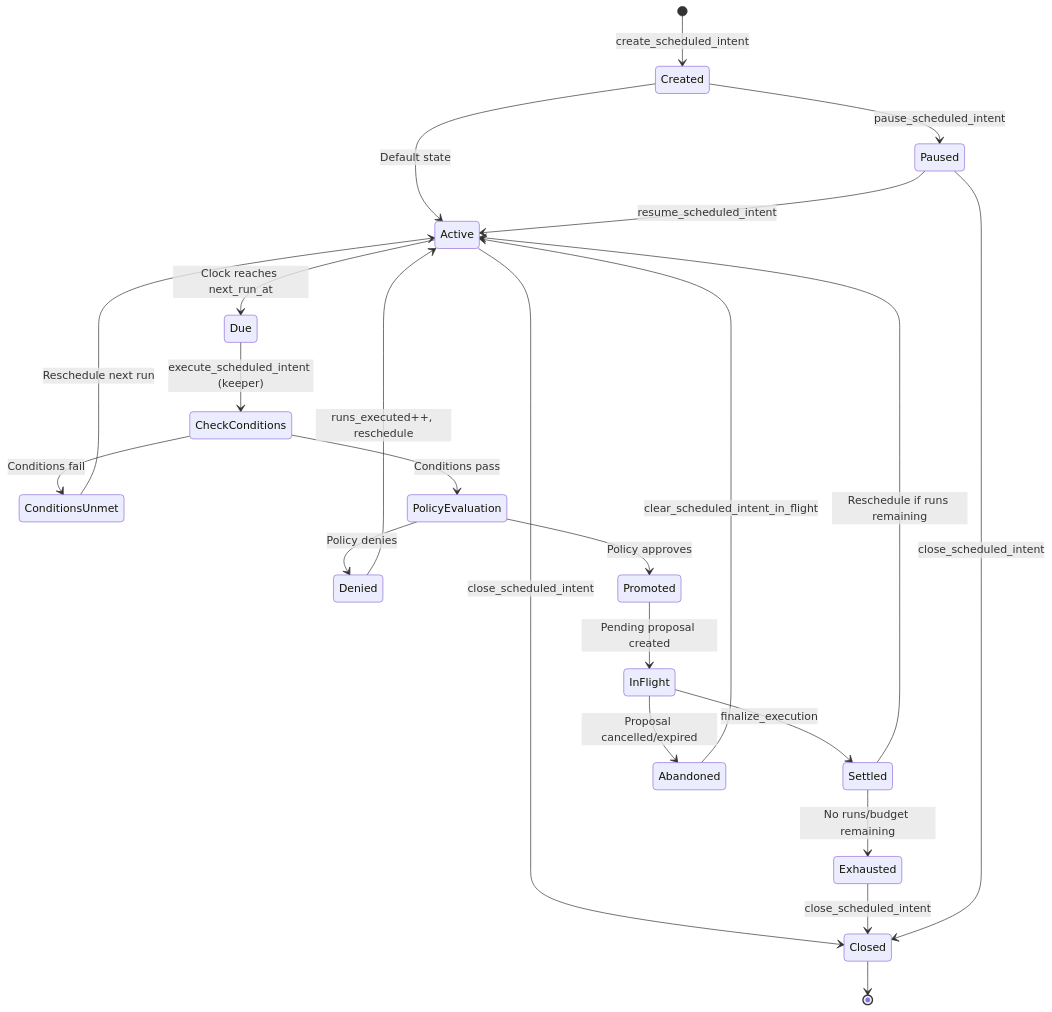
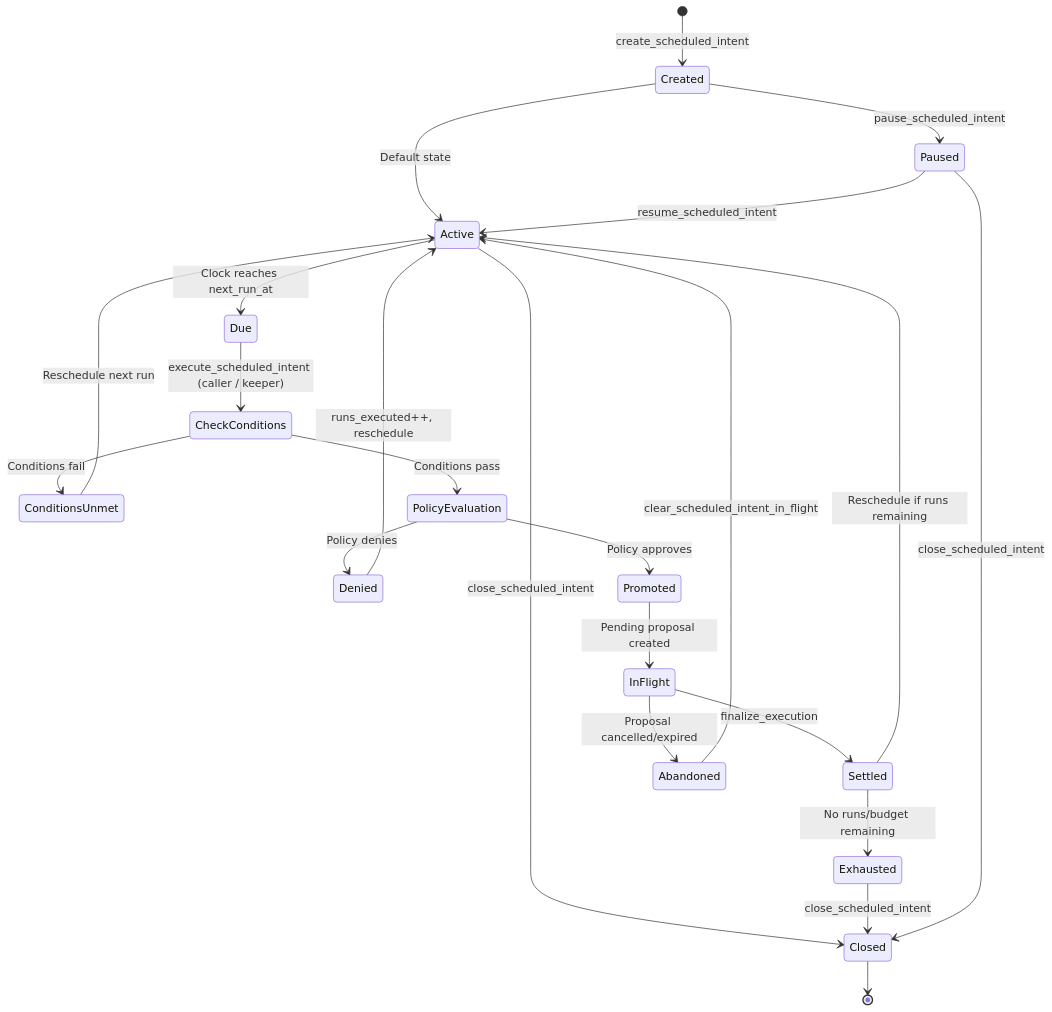
One commit to exyreams/aura changed the diagram in packages/docs/content/program/instructions/scheduled.mdx. Above: the diagram before and after it, drawn with Mermaid. The commit also changed other lines of this file and 36 other files, not shown here.

````diff
--- a/packages/docs/content/program/instructions/scheduled.mdx
+++ b/packages/docs/content/program/instructions/scheduled.mdx
@@ -11,33 +11,33 @@
 ```mermaid
 stateDiagram-v2
     [*] --> Created: create_scheduled_intent
     Created --> Active: Default state
     Created --> Paused: pause_scheduled_intent
     
     Active --> Due: Clock reaches next_run_at
     Paused --> Active: resume_scheduled_intent
     
-    Due --> CheckConditions: execute_scheduled_intent (keeper)
+    Due --> CheckConditions: execute_scheduled_intent (caller / keeper)
     CheckConditions --> ConditionsUnmet: Conditions fail
     CheckConditions --> PolicyEvaluation: Conditions pass
     
     ConditionsUnmet --> Active: Reschedule next run
     
     PolicyEvaluation --> Denied: Policy denies
     PolicyEvaluation --> Promoted: Policy approves
     
     Denied --> Active: runs_executed++, reschedule
     Promoted --> InFlight: Pending proposal created
     
     InFlight --> Settled: finalize_execution
     Settled --> Active: Reschedule if runs remaining
     Settled --> Exhausted: No runs/budget remaining
     
     InFlight --> Abandoned: Proposal cancelled/expired
     Abandoned --> Active: clear_scheduled_intent_in_flight
     
     Active --> Closed: close_scheduled_intent
     Exhausted --> Closed: close_scheduled_intent
     Paused --> Closed: close_scheduled_intent
     Closed --> [*]
 ```
````
